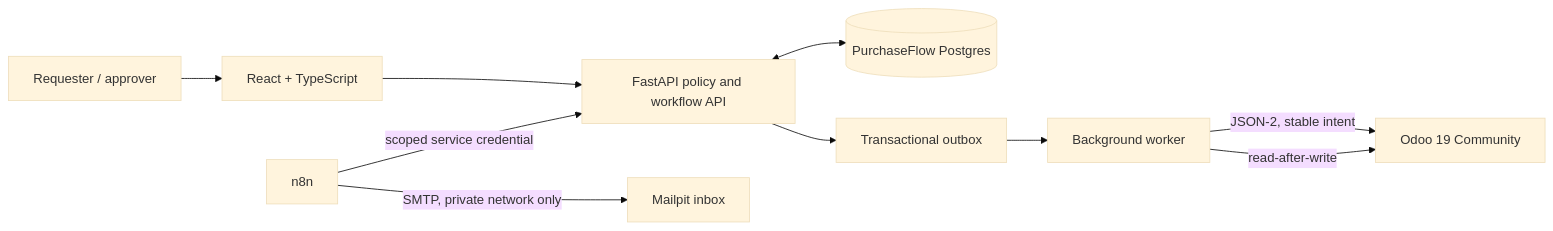
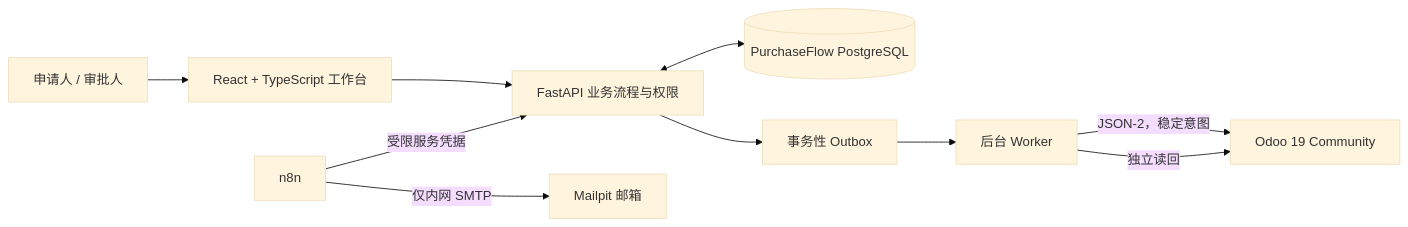
Before and after one commit to xiongweilin/PurchaseFlow: the diagram in README.md, drawn with Mermaid (base theme). The commit also changed other lines of this file and 16 other files, not shown here.

First line of the commit message:
为 ERP Worker 增加租约栅栏与 Odoo 错配验收 (#1)

```diff
--- a/README.md
+++ b/README.md
@@ -19,12 +19,12 @@
 ~~~mermaid
 flowchart LR
-  U[Requester / approver] --> W[React + TypeScript]
-  W --> A[FastAPI policy and workflow API]
-  A <--> D[(PurchaseFlow Postgres)]
-  A --> O[Transactional outbox]
-  O --> X[Background worker]
-  X -->|JSON-2, stable intent| E[Odoo 19 Community]
-  X -->|read-after-write| E
-  N[n8n] -->|scoped service credential| A
-  N -->|SMTP, private network only| M[Mailpit inbox]
+  U[申请人 / 审批人] --> W[React + TypeScript 工作台]
+  W --> A[FastAPI 业务流程与权限]
+  A <--> D[(PurchaseFlow PostgreSQL)]
+  A --> O[事务性 Outbox]
+  O --> X[后台 Worker]
+  X -->|JSON-2，稳定意图| E[Odoo 19 Community]
+  X -->|独立读回| E
+  N[n8n] -->|受限服务凭据| A
+  N -->|仅内网 SMTP| M[Mailpit 邮箱]
 ~~~
```
